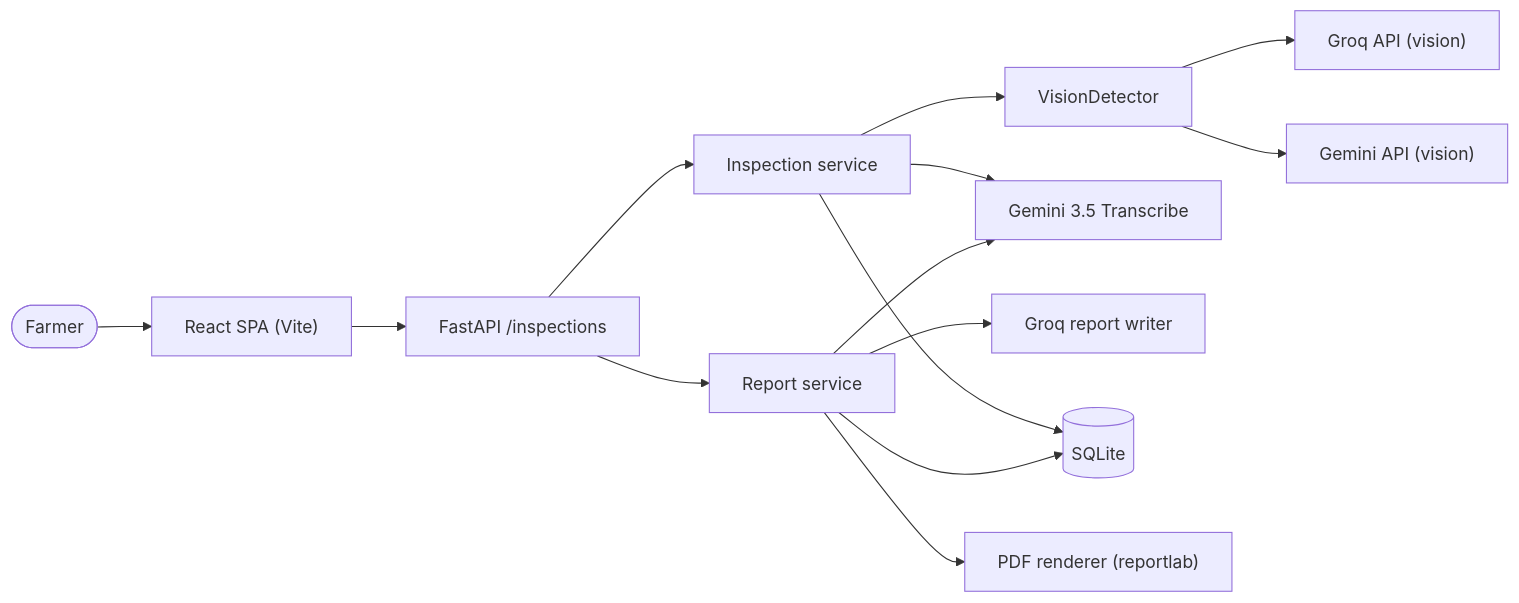
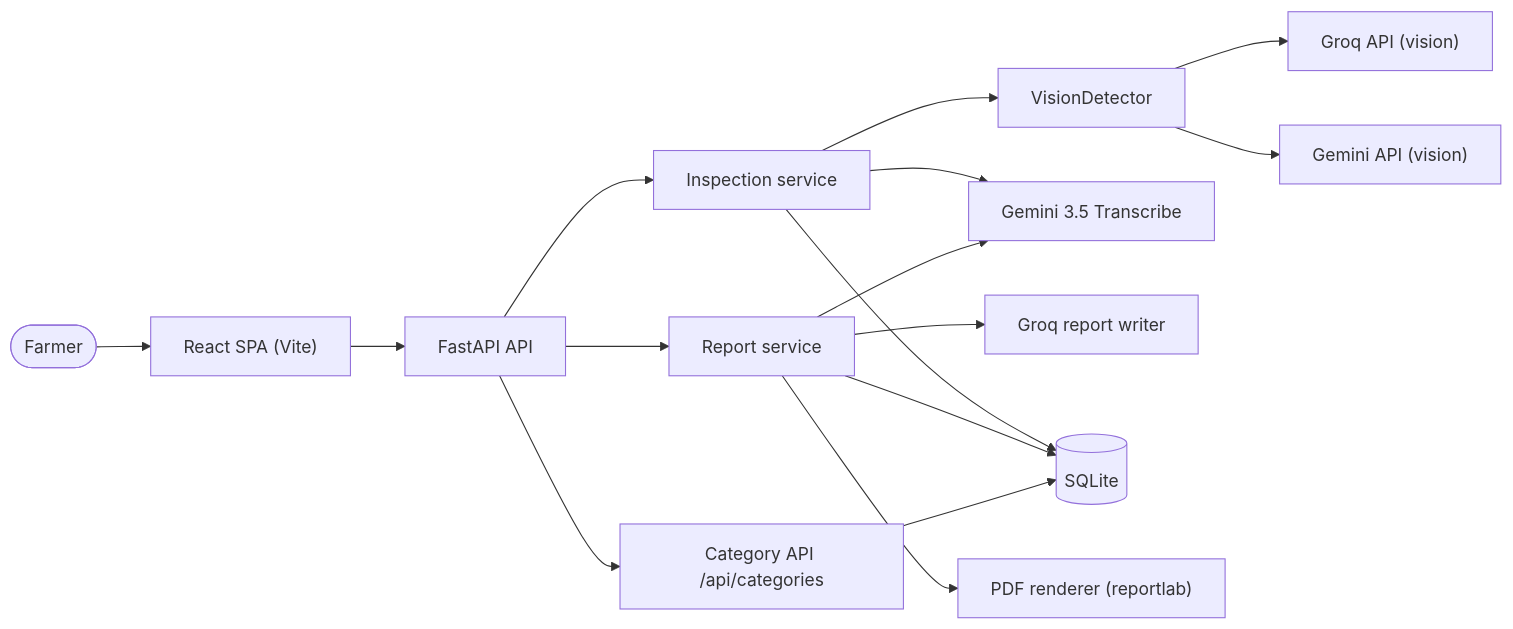
The first of 4 diagrams in ARCHITECTURE.md (HamzaShafiq44/FieldMark), drawn with Mermaid before and after one commit. The commit also changed other lines of this file and 3 other files, not shown here.

````diff
--- a/ARCHITECTURE.md
+++ b/ARCHITECTURE.md
@@ -147,16 +147,18 @@
 ```mermaid
 flowchart LR
     Farmer([Farmer]) --> UI["React SPA (Vite)"]
-    UI --> API["FastAPI /inspections"]
+    UI --> API["FastAPI API"]
     API --> SVC["Inspection service"]
     API --> RPT["Report service"]
+    API --> CAT["Category API /api/categories"]
     SVC --> DET["VisionDetector"]
     DET --> Groq["Groq API (vision)"]
     DET --> Gemini["Gemini API (vision)"]
     SVC --> TRANS["Gemini 3.5 Transcribe"]
     RPT --> TRANS
     RPT --> ReportAI["Groq report writer"]
     SVC --> DB[("SQLite")]
     RPT --> DB
+    CAT --> DB
     RPT --> PDF["PDF renderer (reportlab)"]
 ```
````
